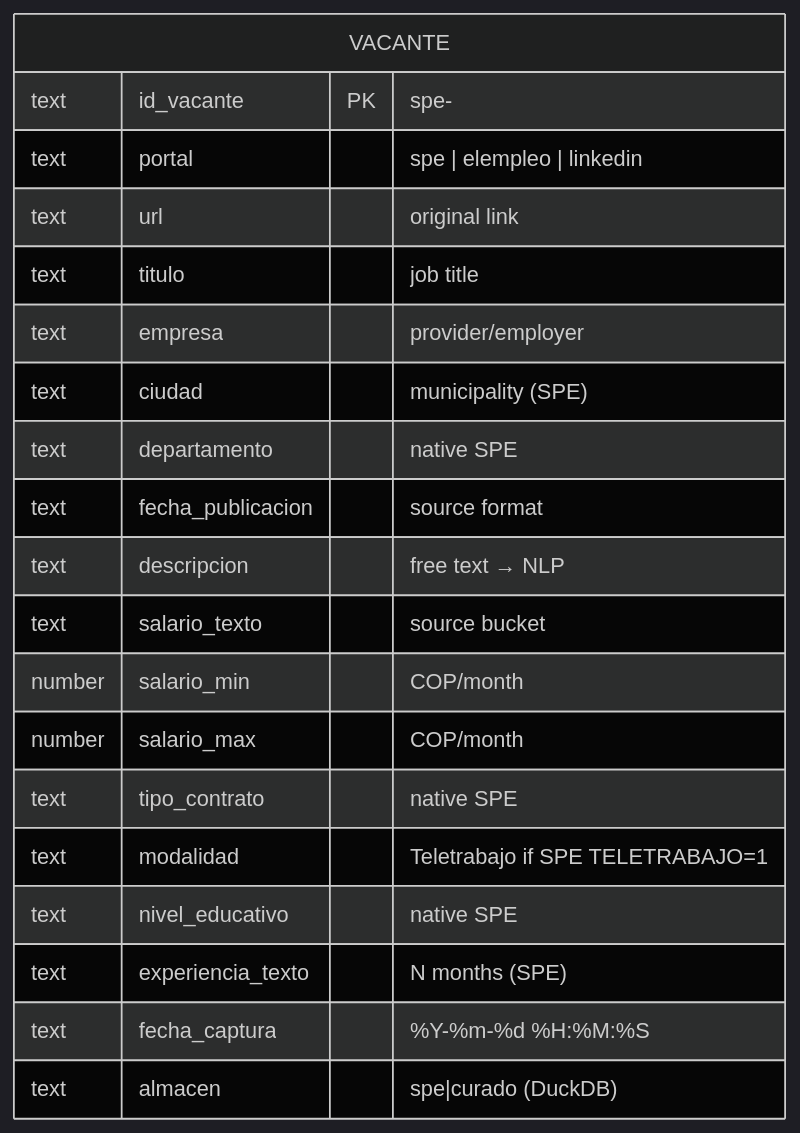
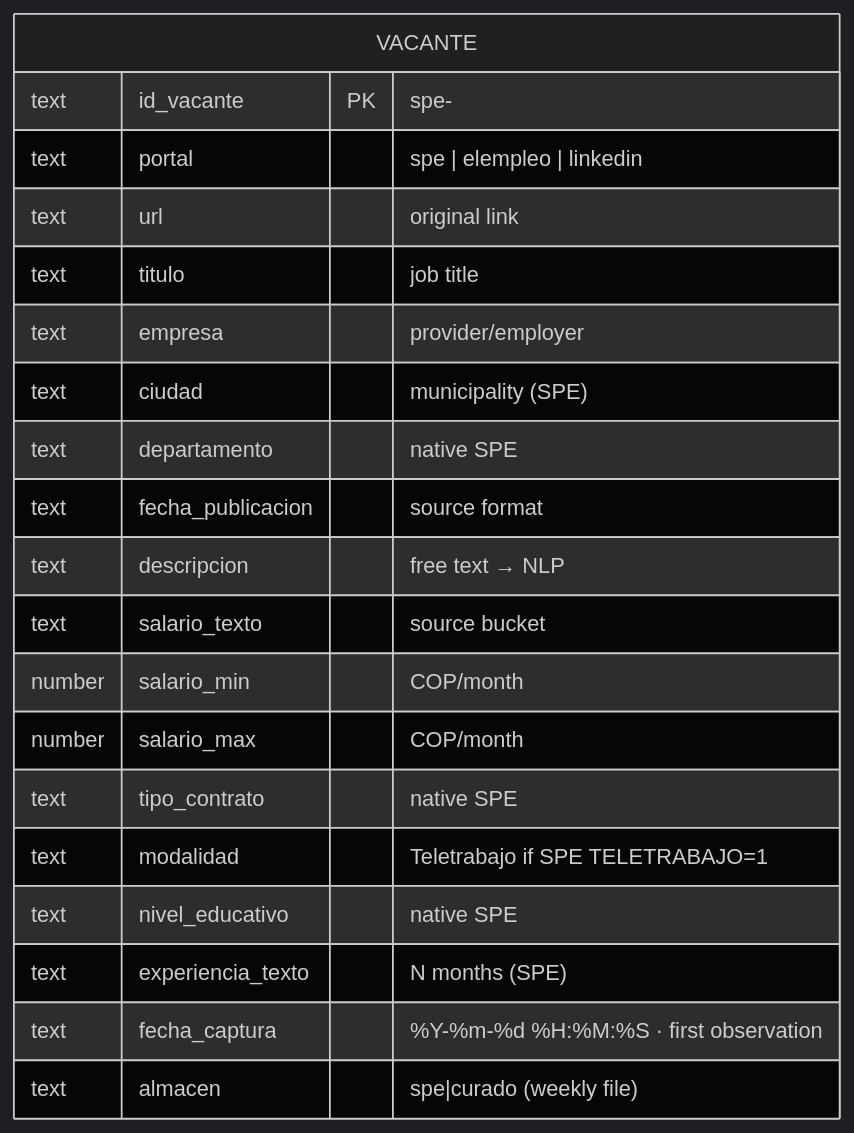
Before and after one commit to shalom-A26/SEXTANTE: the seventh of 8 diagrams in docs/architecture.en.md, drawn with Mermaid (dark theme). The commit also changed other lines of this file and 9 other files, not shown here.

````diff
--- a/docs/architecture.en.md
+++ b/docs/architecture.en.md
@@ -301,23 +308,23 @@
 ```mermaid
 erDiagram
     VACANTE {
         text id_vacante PK "spe-<CODIGO_VACANTE>"
         text portal "spe | elempleo | linkedin"
         text url "original link"
         text titulo "job title"
         text empresa "provider/employer"
         text ciudad "municipality (SPE)"
         text departamento "native SPE"
         text fecha_publicacion "source format"
         text descripcion "free text → NLP"
         text salario_texto "source bucket"
         number salario_min "COP/month"
         number salario_max "COP/month"
         text tipo_contrato "native SPE"
         text modalidad "Teletrabajo if SPE TELETRABAJO=1"
         text nivel_educativo "native SPE"
         text experiencia_texto "N months (SPE)"
-        text fecha_captura "%Y-%m-%d %H:%M:%S"
-        text almacen "spe|curado (DuckDB)"
+        text fecha_captura "%Y-%m-%d %H:%M:%S · first observation"
+        text almacen "spe|curado (weekly file)"
     }
 ```
````
